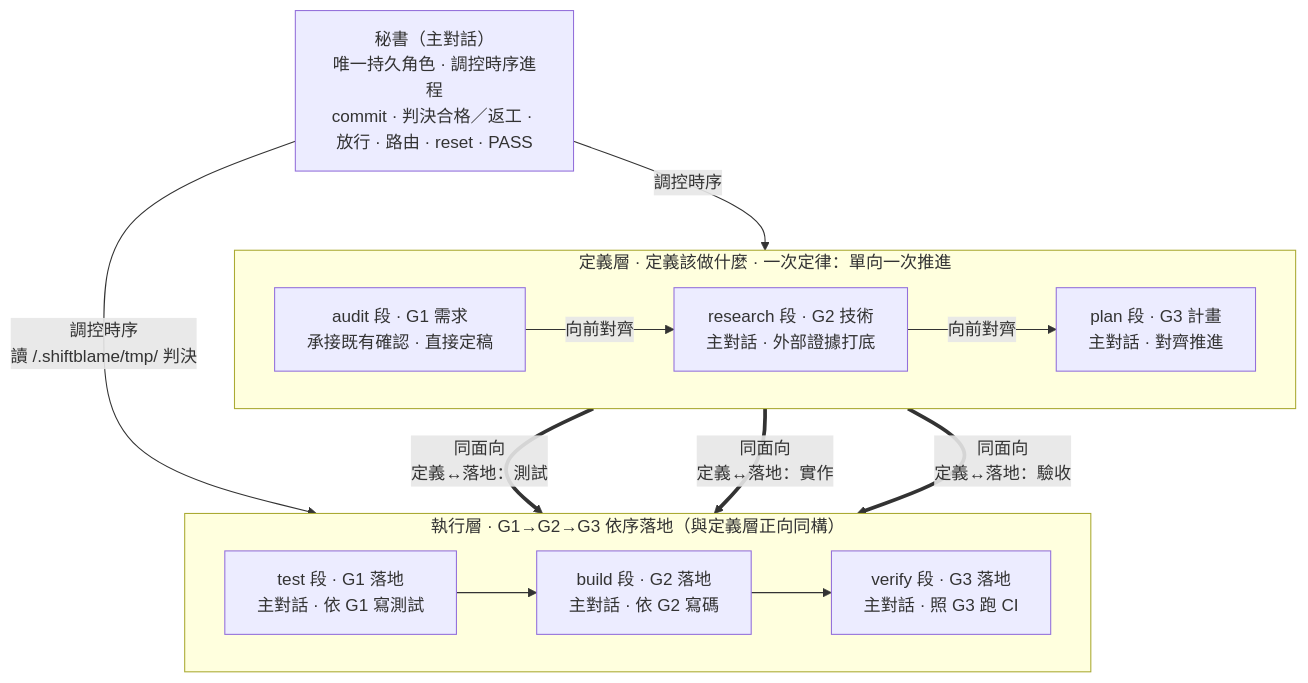
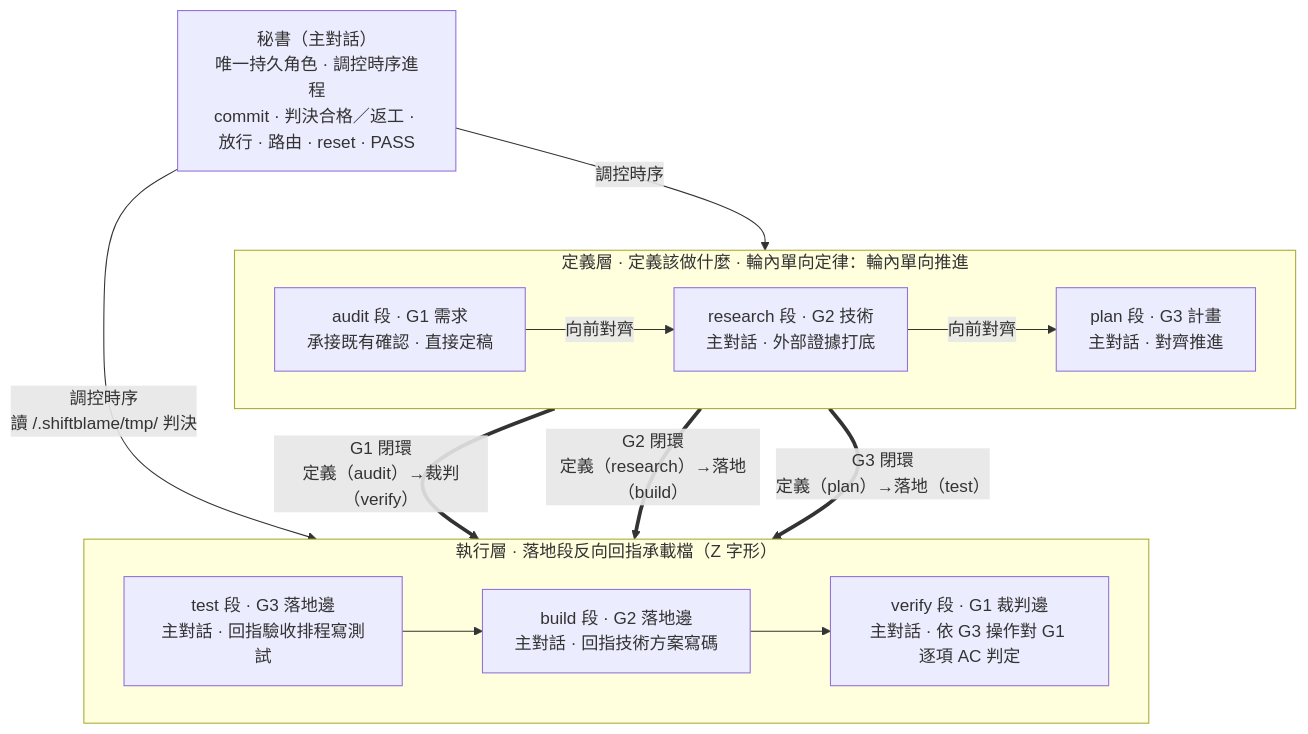
Before and after one commit to teps3105/shiftblame: the fourth of 8 diagrams in skills/shiftblame/SKILL.md, drawn with Mermaid. The commit also changed other lines of this file and 21 other files, not shown here.

````diff
--- a/skills/shiftblame/SKILL.md
+++ b/skills/shiftblame/SKILL.md
@@ -213,19 +213,19 @@
 ```mermaid
 flowchart TB
     SEC["秘書（主對話）<br/>唯一持久角色 · 調控時序進程<br/>commit · 判決合格／返工 · 放行 · 路由 · reset · PASS"]
-    subgraph Consult["定義層 · 定義該做什麼 · 一次定律：單向一次推進"]
+    subgraph Consult["定義層 · 定義該做什麼 · 輪內單向定律：輪內單向推進"]
         direction LR
         G1["audit 段 · G1 需求<br/>承接既有確認 · 直接定稿"] -->|向前對齊| G2["research 段 · G2 技術<br/>主對話 · 外部證據打底"]
         G2 -->|向前對齊| G3["plan 段 · G3 計畫<br/>主對話 · 對齊推進"]
     end
-    subgraph Build["執行層 · G1→G2→G3 依序落地（與定義層正向同構）"]
+    subgraph Build["執行層 · 落地段反向回指承載檔（Z 字形）"]
         direction LR
-        TST["test 段 · G1 落地<br/>主對話 · 依 G1 寫測試"] --> DEV["build 段 · G2 落地<br/>主對話 · 依 G2 寫碼"]
-        DEV --> ACC["verify 段 · G3 落地<br/>主對話 · 照 G3 跑 CI"]
+        TST["test 段 · G3 落地邊<br/>主對話 · 回指驗收排程寫測試"] --> DEV["build 段 · G2 落地邊<br/>主對話 · 回指技術方案寫碼"]
+        DEV --> ACC["verify 段 · G1 裁判邊<br/>主對話 · 依 G3 操作對 G1 逐項 AC 判定"]
     end
     SEC -- 調控時序 --> Consult
     SEC -- 調控時序<br/>讀 <repo>/.shiftblame/tmp/ 判決 --> Build
-    G1 == "同面向<br/>定義↔落地：測試" ==> TST
-    G2 == "同面向<br/>定義↔落地：實作" ==> DEV
-    G3 == "同面向<br/>定義↔落地：驗收" ==> ACC
+    G1 == "G1 閉環<br/>定義（audit）→裁判（verify）" ==> ACC
+    G2 == "G2 閉環<br/>定義（research）→落地（build）" ==> DEV
+    G3 == "G3 閉環<br/>定義（plan）→落地（test）" ==> TST
 ```
````
